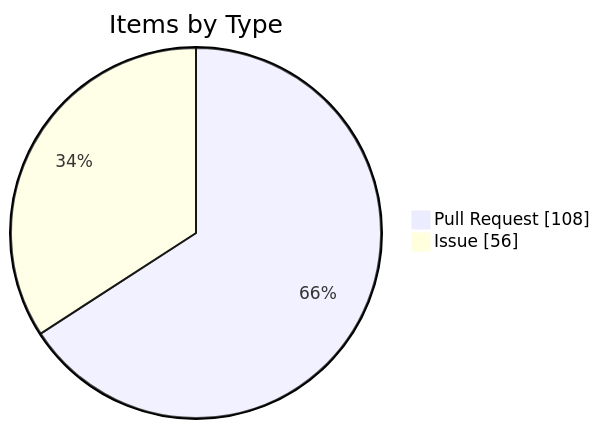
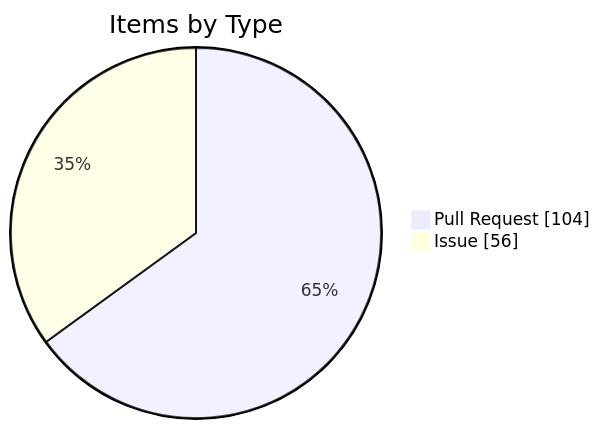
Before and after one commit to KBVE/kbve: the fourth of 4 diagrams in apps/kbve/astro-kbve/src/content/docs/dashboard/kanban-data.mdx, drawn with Mermaid. The commit also changed other lines of this file and 8 other files, not shown here.

````diff
--- a/apps/kbve/astro-kbve/src/content/docs/dashboard/kanban-data.mdx
+++ b/apps/kbve/astro-kbve/src/content/docs/dashboard/kanban-data.mdx
@@ -115,6 +116,6 @@
 ```mermaid
 pie showData
     title Items by Type
-    "Pull Request" : 108
+    "Pull Request" : 104
     "Issue" : 56
 ```
````
